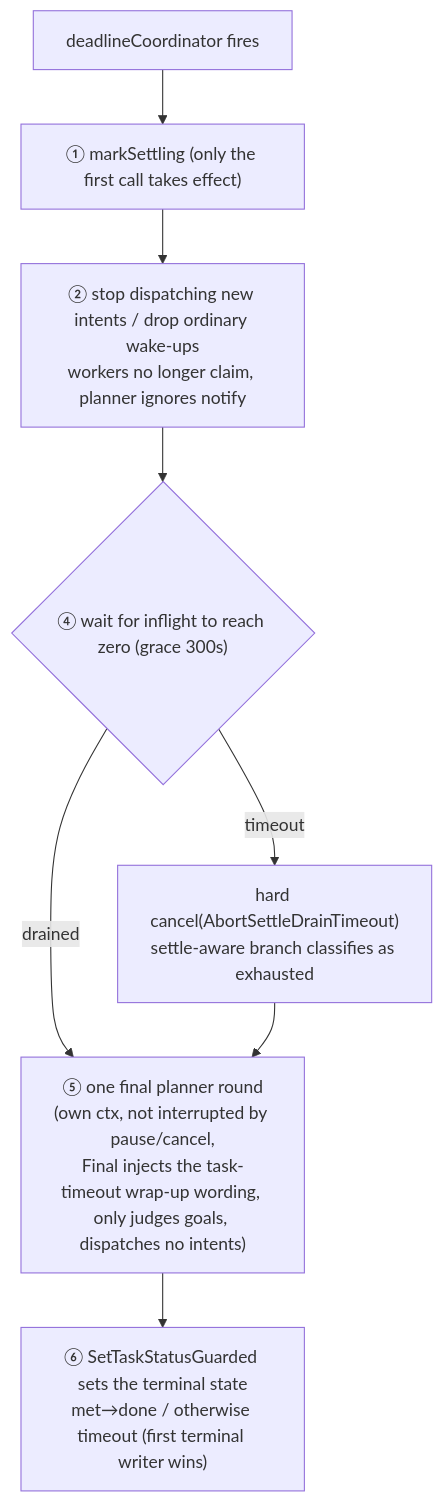
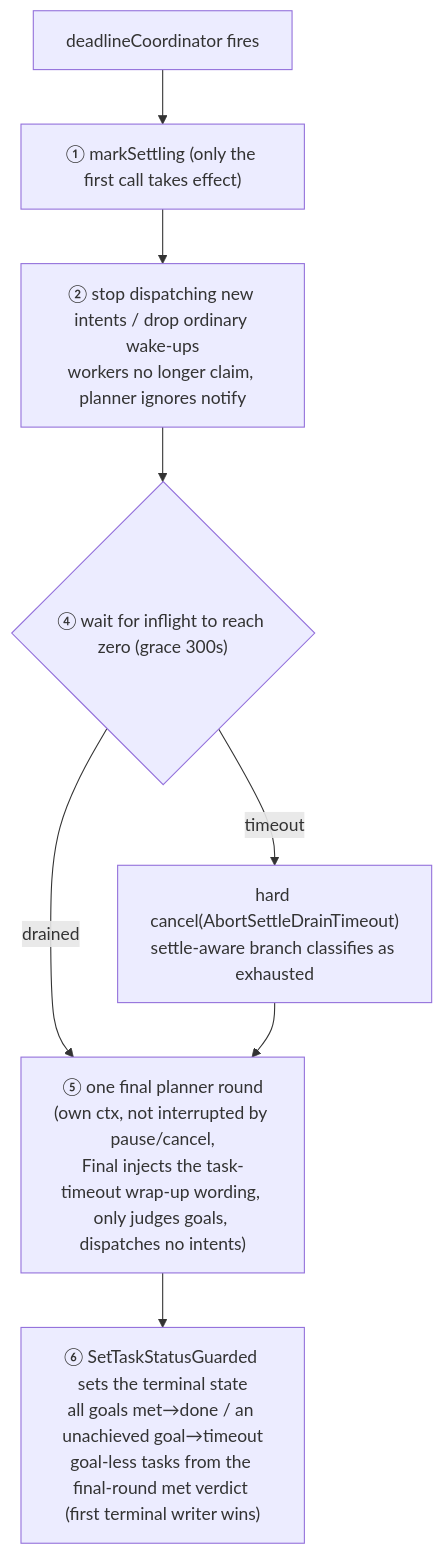
One commit to xaccefy/pojun-english changed the third of 3 diagrams in docs/02-engine-and-scheduling-loop.md. Above: the diagram before and after it, drawn with Mermaid. The commit also changed other lines of this file and 186 other files, not shown here.

````diff
--- a/docs/02-engine-and-scheduling-loop.md
+++ b/docs/02-engine-and-scheduling-loop.md
@@ -129,10 +129,10 @@
 ```mermaid
 flowchart TB
   A["deadlineCoordinator fires"] --> B["① markSettling (only the first call takes effect)"]
   B --> C["② stop dispatching new intents / drop ordinary wake-ups<br/>workers no longer claim, planner ignores notify"]
   C --> D{"④ wait for inflight to reach zero (grace 300s)"}
   D -->|timeout| E["hard cancel(AbortSettleDrainTimeout)<br/>settle-aware branch classifies as exhausted"]
   D -->|drained| F["⑤ one final planner round<br/>(own ctx, not interrupted by pause/cancel,<br/>Final injects the task-timeout wrap-up wording, only judges goals, dispatches no intents)"]
   E --> F
-  F --> G["⑥ SetTaskStatusGuarded sets the terminal state<br/>met→done / otherwise timeout (first terminal writer wins)"]
+  F --> G["⑥ SetTaskStatusGuarded sets the terminal state<br/>all goals met→done / an unachieved goal→timeout<br/>goal-less tasks from the final-round met verdict (first terminal writer wins)"]
 ```
````
